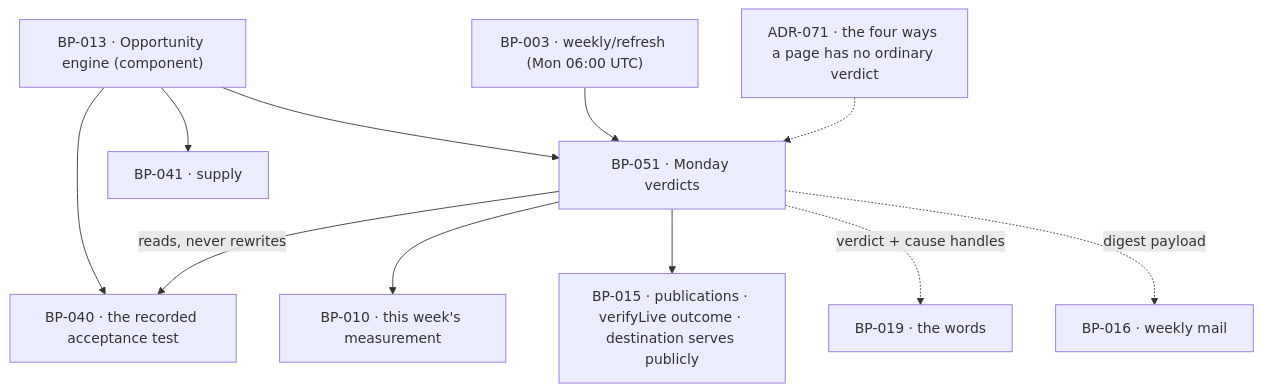
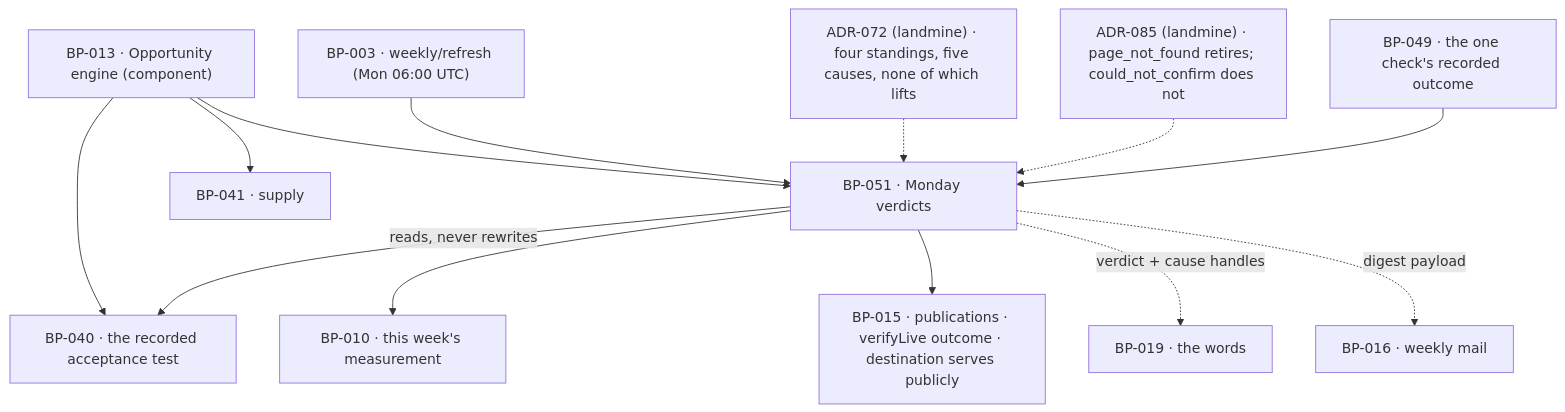
One commit to tim-clifford6991/reachkitv3 changed the diagram in sdlc-factory/docs/blueprints/BP-051.md. Above: the diagram before and after it, drawn with Mermaid. The commit also changed other lines of this file and 30 other files, not shown here.

First line of the commit message:
feat(blueprints): fold the publish-live rulings into the architecture

````diff
--- a/sdlc-factory/docs/blueprints/BP-051.md
+++ b/sdlc-factory/docs/blueprints/BP-051.md
@@ -44,15 +44,17 @@
 ```mermaid
 graph TD
   BP013["BP-013 · Opportunity engine (component)"]
   BP051["BP-051 · Monday verdicts"]
   BP013 --> BP040["BP-040 · the recorded acceptance test"]
   BP013 --> BP041["BP-041 · supply"]
   BP013 --> BP051
   BP051 -->|"reads, never rewrites"| BP040
   BP003["BP-003 · weekly/refresh (Mon 06:00 UTC)"] --> BP051
   BP051 --> BP010["BP-010 · this week's measurement"]
   BP051 --> BP015["BP-015 · publications · verifyLive outcome · destination serves publicly"]
   BP051 -.->|"verdict + cause handles"| BP019["BP-019 · the words"]
   BP051 -.->|"digest payload"| BP016["BP-016 · weekly mail"]
-  ADR071["ADR-071 · the four ways a page has no ordinary verdict"] -.-> BP051
+  ADR072["ADR-072 (landmine) · four standings, five causes, none of which lifts"] -.-> BP051
+  ADR085["ADR-085 (landmine) · page_not_found retires; could_not_confirm does not"] -.-> BP051
+  BP049["BP-049 · the one check's recorded outcome"] --> BP051
 ```
````
